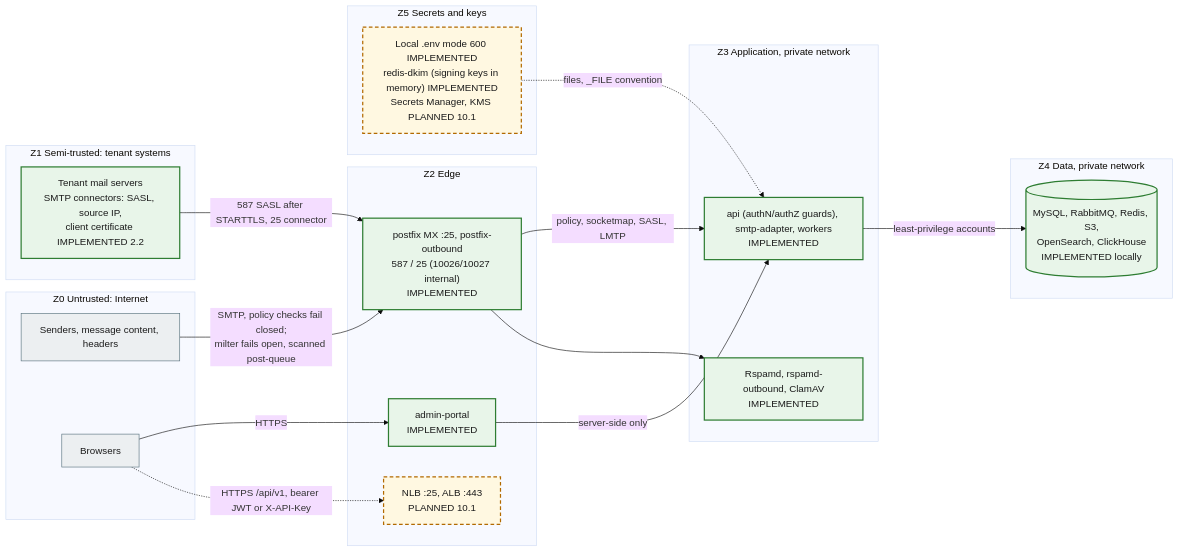
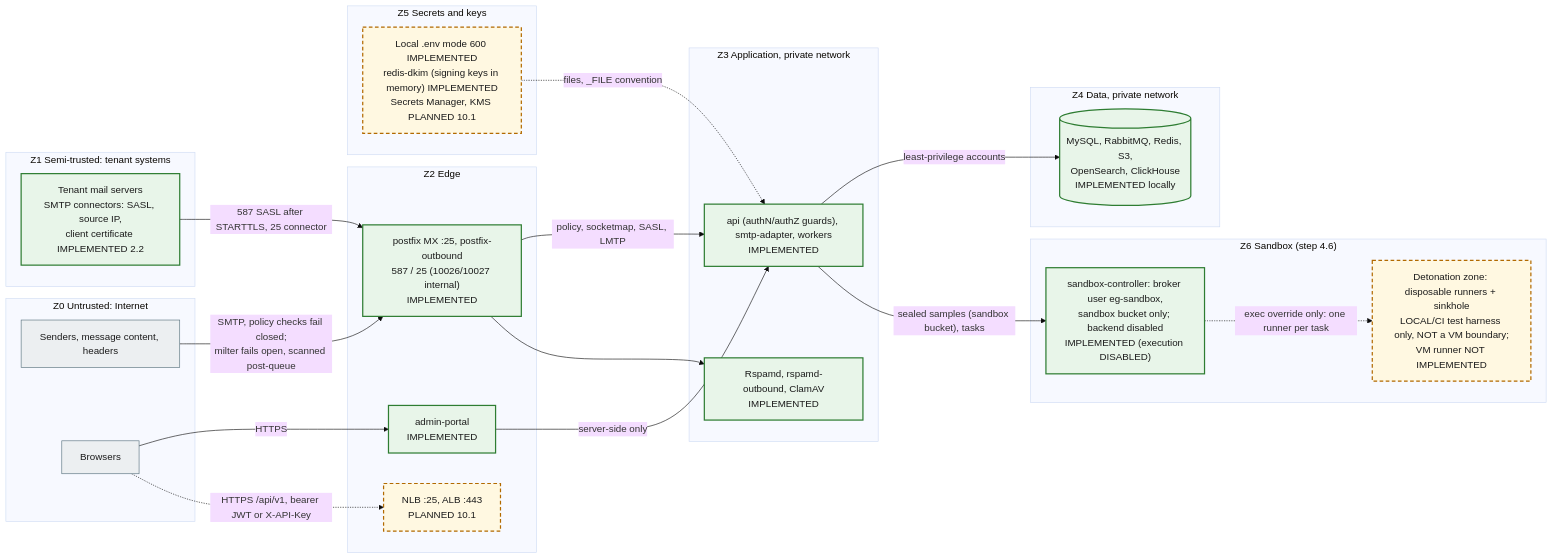
The diagram in docs/architecture/security-boundaries.md (mnnitsarvesh-ai/email-gateway), drawn with Mermaid (base theme) before and after one commit. The commit also changed other lines of this file and 304 other files, not shown here.

````diff
--- a/docs/architecture/security-boundaries.md
+++ b/docs/architecture/security-boundaries.md
@@ -7,39 +7,45 @@
 ```mermaid
 flowchart LR
   classDef impl fill:#e8f5e9,stroke:#2e7d32,stroke-width:2px,color:#1b1b1b
   classDef planned fill:#fff8e1,stroke:#b26a00,stroke-width:2px,stroke-dasharray:6 4,color:#1b1b1b
   classDef ext fill:#eceff1,stroke:#546e7a,stroke-width:1px,color:#1b1b1b
 
   subgraph z0["Z0 Untrusted: Internet"]
     snd["Senders, message content, headers"]:::ext
     brw["Browsers"]:::ext
   end
   subgraph z1["Z1 Semi-trusted: tenant systems"]
     tmail["Tenant mail servers<br/>SMTP connectors: SASL, source IP,<br/>client certificate IMPLEMENTED 2.2"]:::impl
   end
   subgraph z2["Z2 Edge"]
     pf["postfix MX :25, postfix-outbound<br/>587 / 25 (10026/10027 internal)<br/>IMPLEMENTED"]:::impl
     lb["NLB :25, ALB :443<br/>PLANNED 10.1"]:::planned
     portal["admin-portal<br/>IMPLEMENTED"]:::impl
   end
   subgraph z3["Z3 Application, private network"]
     apps["api (authN/authZ guards), smtp-adapter, workers<br/>IMPLEMENTED"]:::impl
     eng["Rspamd, rspamd-outbound, ClamAV<br/>IMPLEMENTED"]:::impl
   end
   subgraph z4["Z4 Data, private network"]
     data[("MySQL, RabbitMQ, Redis, S3,<br/>OpenSearch, ClickHouse<br/>IMPLEMENTED locally")]:::impl
   end
+  subgraph z6["Z6 Sandbox (step 4.6)"]
+    sbc["sandbox-controller: broker user eg-sandbox,<br/>sandbox bucket only; backend disabled<br/>IMPLEMENTED (execution DISABLED)"]:::impl
+    det["Detonation zone: disposable runners + sinkhole<br/>LOCAL/CI test harness only, NOT a VM boundary;<br/>VM runner NOT IMPLEMENTED"]:::planned
+  end
   subgraph z5["Z5 Secrets and keys"]
     sec["Local .env mode 600 IMPLEMENTED<br/>redis-dkim (signing keys in memory) IMPLEMENTED<br/>Secrets Manager, KMS PLANNED 10.1"]:::planned
   end
 
   snd -->|"SMTP, policy checks fail closed;<br/>milter fails open, scanned post-queue"| pf
   brw -->|"HTTPS"| portal
   brw -.->|"HTTPS /api/v1, bearer JWT or X-API-Key"| lb
   tmail -->|"587 SASL after STARTTLS, 25 connector"| pf
   pf -->|"policy, socketmap, SASL, LMTP"| apps
   pf --> eng
   portal -->|"server-side only"| apps
   apps -->|"least-privilege accounts"| data
   sec -.->|"files, _FILE convention"| apps
+  apps -->|"sealed samples (sandbox bucket), tasks"| sbc
+  sbc -.->|"exec override only: one runner per task"| det
 ```
````
